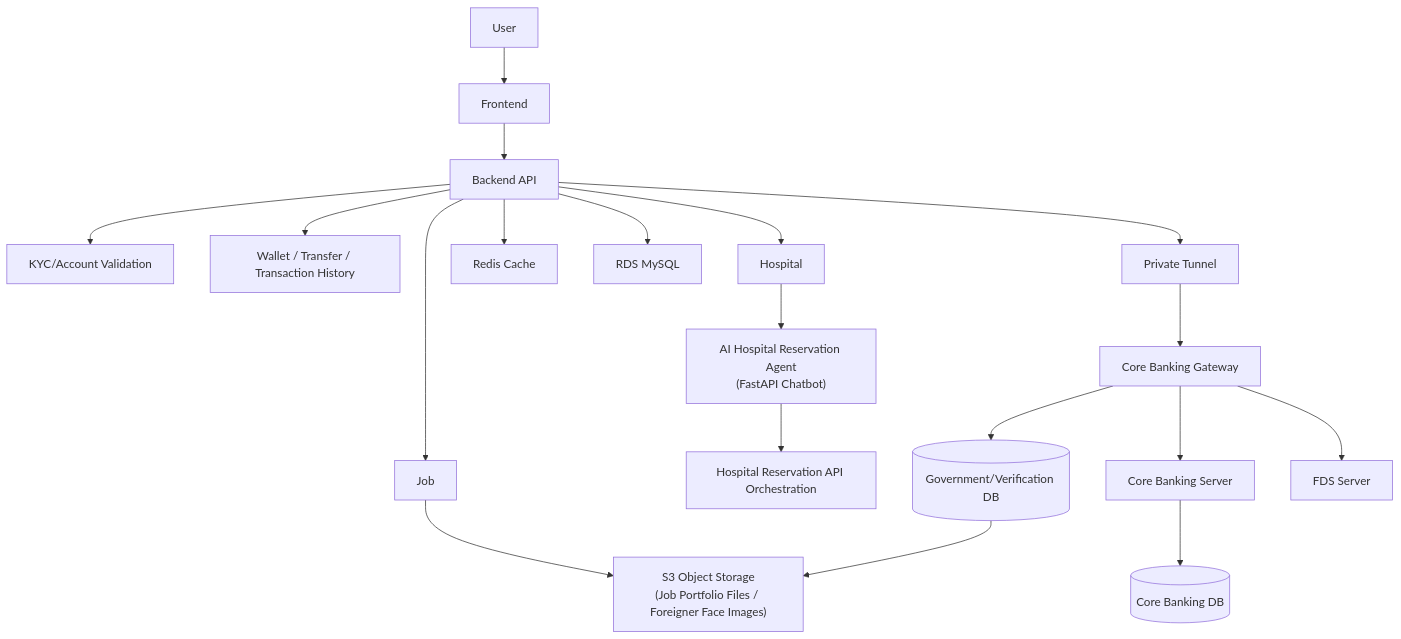
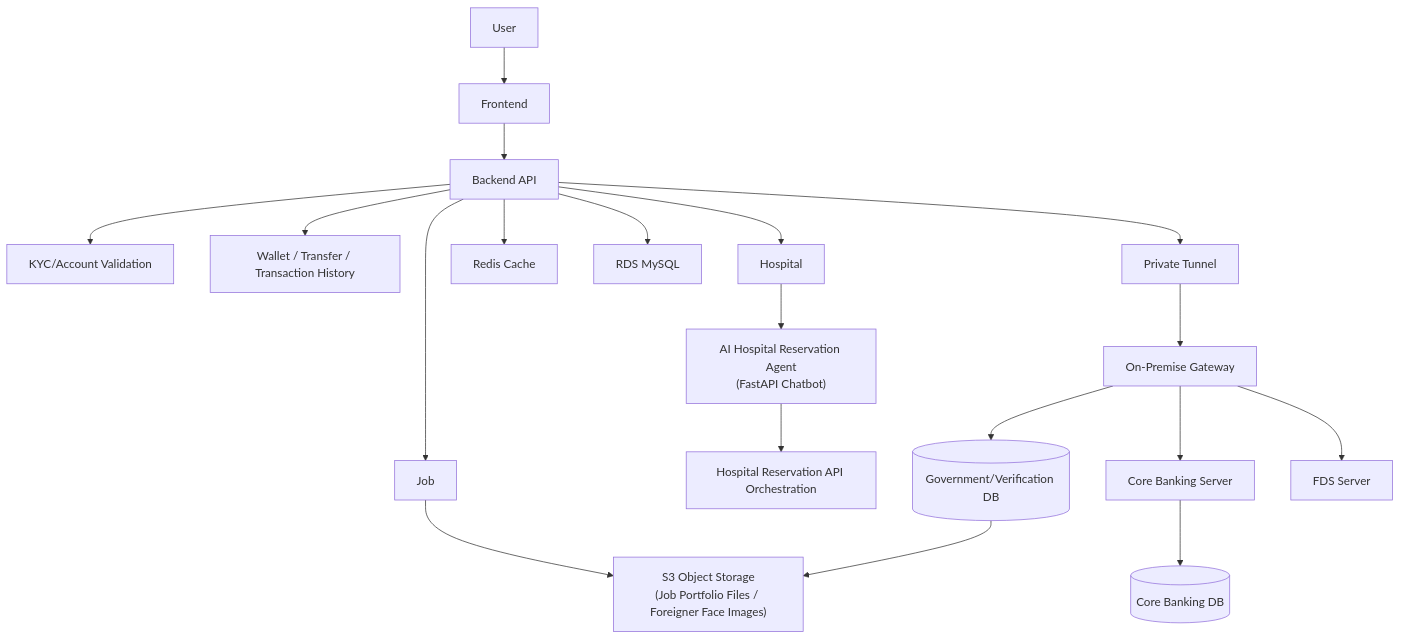
The fourth of 4 diagrams in AGENTS.md (jaepar/NOVA), drawn with Mermaid before and after one commit. The commit also changed other lines of this file, not shown here.

````diff
--- a/AGENTS.md
+++ b/AGENTS.md
@@ -70,26 +83,26 @@
 ```mermaid
 flowchart TD
     User["User"] --> FE["Frontend"]
     FE --> API["Backend API"]
 
     API --> Auth["KYC/Account Validation"]
     API --> Wallet["Wallet / Transfer / Transaction History"]
     API --> Job["Job"]
     API --> Hospital["Hospital"]
 
     Hospital --> AIChat["AI Hospital Reservation Agent\n(FastAPI Chatbot)"]
     AIChat --> HospitalApi["Hospital Reservation API Orchestration"]
     Job --> S3["S3 Object Storage\n(Job Portfolio Files / Foreigner Face Images)"]
 
     API --> Redis["Redis Cache"]
     API --> DB["RDS MySQL"]
 
     API --> Tunnel["Private Tunnel"]
-    Tunnel --> CBG["Core Banking Gateway"]
+    Tunnel --> CBG["On-Premise Gateway"]
     CBG --> CBS["Core Banking Server"]
     CBS --> CBD[("Core Banking DB")]
 
     CBG --> Gov[("Government/Verification DB")]
     Gov --> S3
     CBG --> FDS["FDS Server"]
 ```
````
